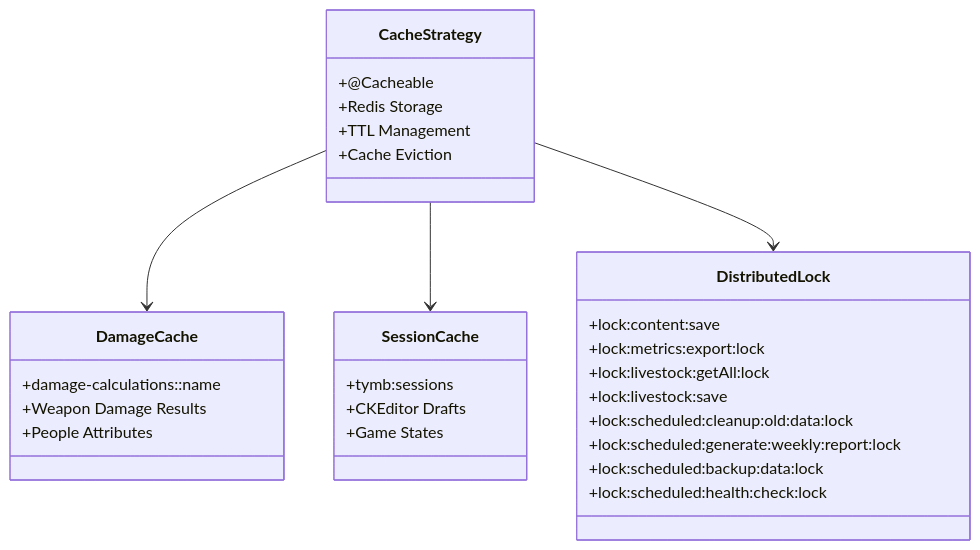
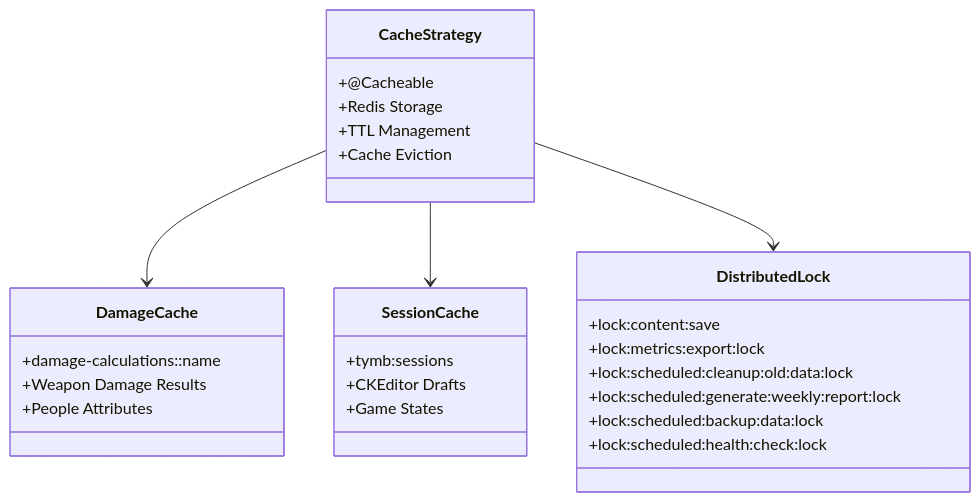
The fourth of 10 diagrams in README.md (Vinskao/ty-multiverse-backend), drawn with Mermaid before and after one commit. The commit also changed other lines of this file and 22 other files, not shown here.

````diff
--- a/README.md
+++ b/README.md
@@ -212,36 +202,34 @@
 ```mermaid
 classDiagram
     class CacheStrategy {
         +@Cacheable
         +Redis Storage
         +TTL Management
         +Cache Eviction
     }
     
     class DamageCache {
         +damage-calculations::name
         +Weapon Damage Results
         +People Attributes
     }
     
     class SessionCache {
         +tymb:sessions
         +CKEditor Drafts
         +Game States
     }
     
     class DistributedLock {
         +lock:content:save
         +lock:metrics:export:lock
-        +lock:livestock:getAll:lock
-        +lock:livestock:save
         +lock:scheduled:cleanup:old:data:lock
         +lock:scheduled:generate:weekly:report:lock
         +lock:scheduled:backup:data:lock
         +lock:scheduled:health:check:lock
     }
     
     CacheStrategy --> DamageCache
     CacheStrategy --> SessionCache
     CacheStrategy --> DistributedLock
 ```
````
